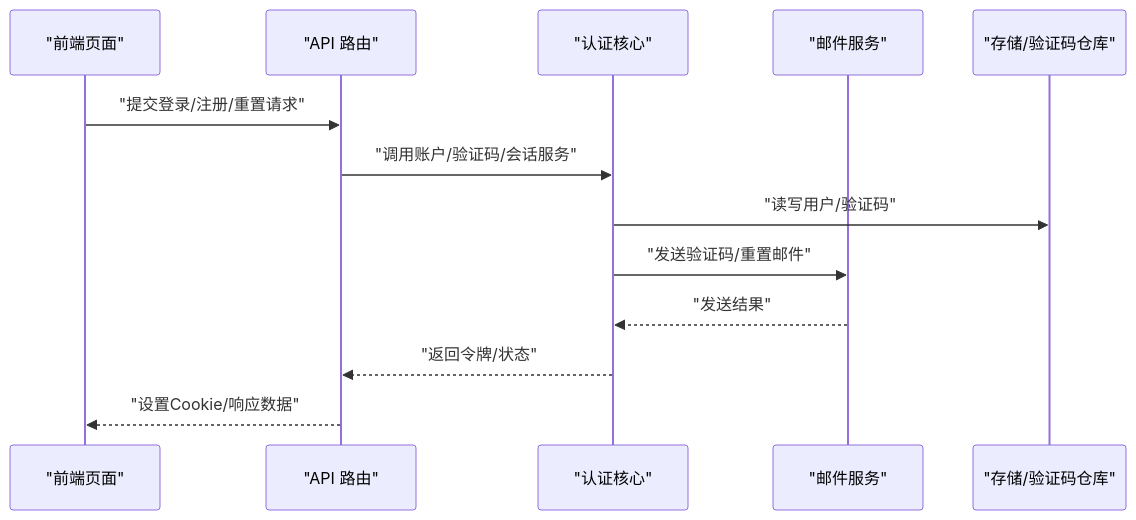
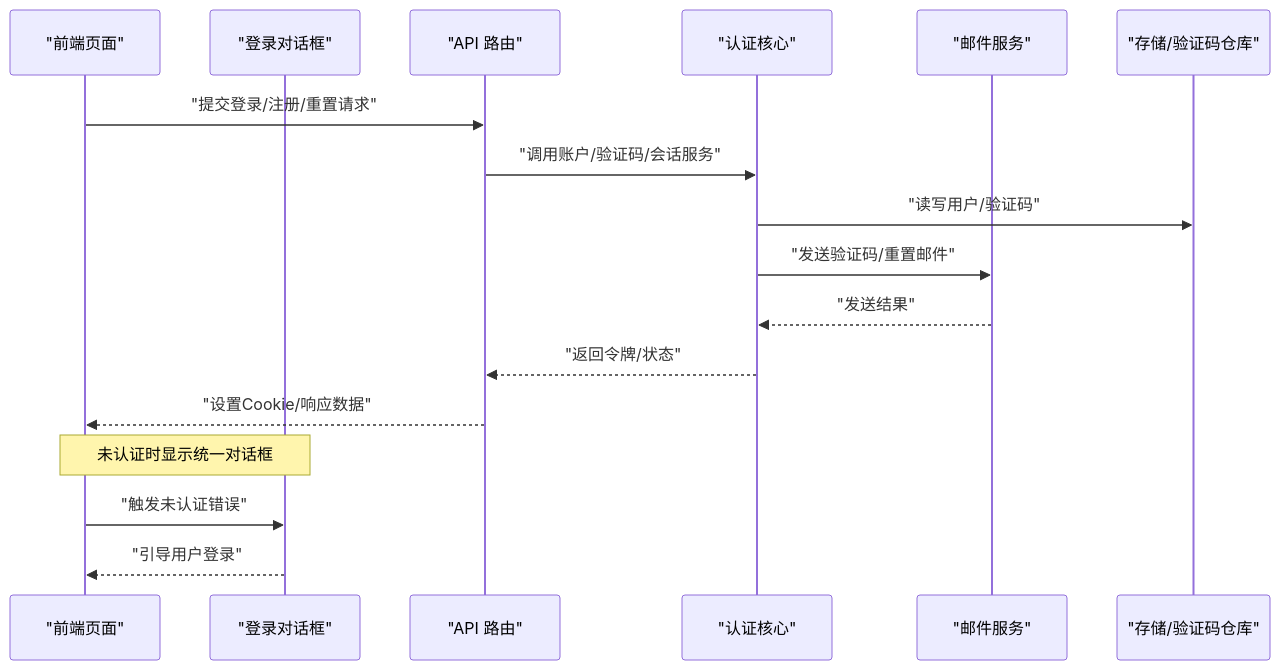
The second of 13 diagrams in .qoder/repowiki/zh/content/认证系统/认证系统.md (scottcwy/PurpleInk), drawn with Mermaid before and after one commit. The commit also changed other lines of this file and 109 other files, not shown here.

````diff
--- a/.qoder/repowiki/zh/content/认证系统/认证系统.md
+++ b/.qoder/repowiki/zh/content/认证系统/认证系统.md
@@ -177,15 +208,19 @@
 ```mermaid
 sequenceDiagram
 participant FE as "前端页面"
+participant Dialog as "登录对话框"
 participant API as "API 路由"
 participant Auth as "认证核心"
 participant Mail as "邮件服务"
 participant Store as "存储/验证码仓库"
 FE->>API : "提交登录/注册/重置请求"
 API->>Auth : "调用账户/验证码/会话服务"
 Auth->>Store : "读写用户/验证码"
 Auth->>Mail : "发送验证码/重置邮件"
 Mail-->>Auth : "发送结果"
 Auth-->>API : "返回令牌/状态"
 API-->>FE : "设置Cookie/响应数据"
+Note over FE,Dialog : 未认证时显示统一对话框
+FE->>Dialog : "触发未认证错误"
+Dialog-->>FE : "引导用户登录"
 ```
````
